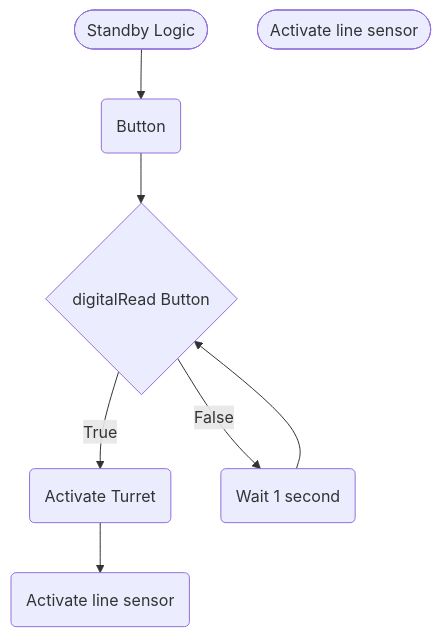
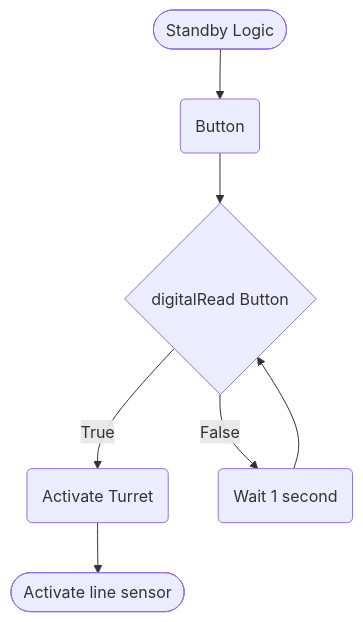
Before and after one commit to Zac2259/Smart-Turret: the first of 3 diagrams in logic.md, drawn with Mermaid. The commit also changed other lines of this file, not shown here.

````diff
--- a/logic.md
+++ b/logic.md
@@ -3,17 +3,16 @@
  ```mermaid
  flowchart TD
  %%standby logic
 terminalStart1([Standby Logic])
  terminalEnd1([Activate line sensor])
  Button(Button)
 Buttontrigger{digitalRead Button}
 activateturret(Activate Turret)
-activatesensor(Activate line sensor)
 loop(Wait 1 second)
 terminalStart1 --> Button
 Button --> Buttontrigger
 Buttontrigger --> |True| activateturret
-activateturret --> activatesensor
+activateturret --> terminalEnd1
 Buttontrigger --> |False| loop
 loop -->Buttontrigger
 ```
````
